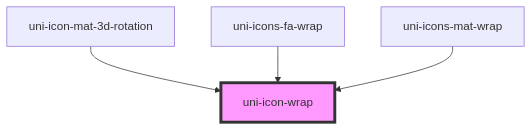
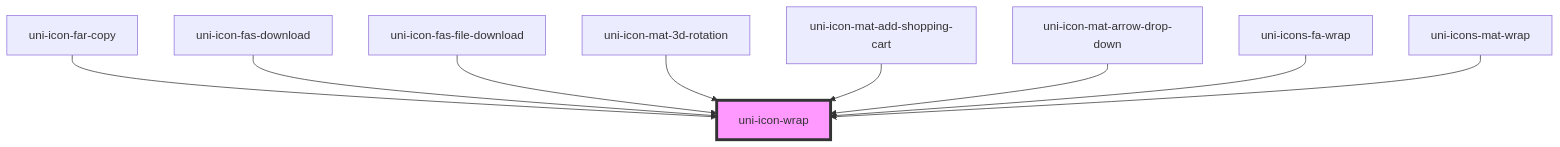
One commit to uiwebkit/icons changed the diagram in src/components/icon/@wrap/readme.md. Above: the diagram before and after it, drawn with Mermaid. The commit also changed other lines of this file and 38 other files, not shown here.

````diff
--- a/src/components/icon/@wrap/readme.md
+++ b/src/components/icon/@wrap/readme.md
@@ -32,7 +37,12 @@
 ```mermaid
 graph TD;
+  uni-icon-far-copy --> uni-icon-wrap
+  uni-icon-fas-download --> uni-icon-wrap
+  uni-icon-fas-file-download --> uni-icon-wrap
   uni-icon-mat-3d-rotation --> uni-icon-wrap
+  uni-icon-mat-add-shopping-cart --> uni-icon-wrap
+  uni-icon-mat-arrow-drop-down --> uni-icon-wrap
   uni-icons-fa-wrap --> uni-icon-wrap
   uni-icons-mat-wrap --> uni-icon-wrap
   style uni-icon-wrap fill:#f9f,stroke:#333,stroke-width:4px
 ```
````
